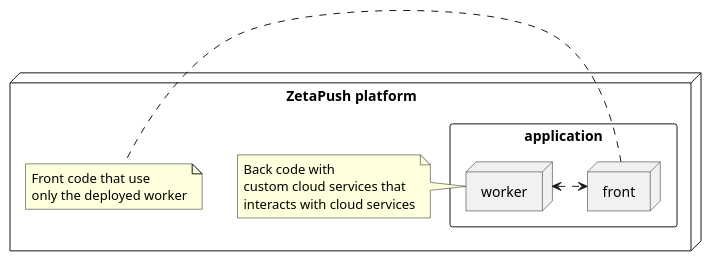
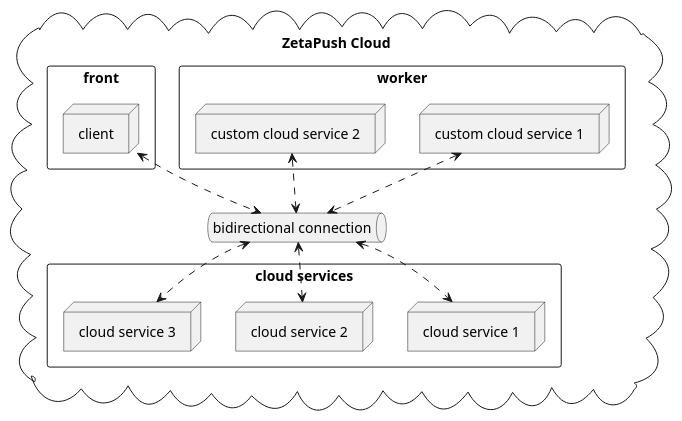
One commit to zetapush/documentation changed the diagram in src/docs/asciidoc/common/diagrams/architecture-custom-cloud-service-prod.adoc. Above: the diagram before and after it, drawn with PlantUML. The commit also changed other lines of this file and 18 other files, not shown here.

```diff
--- a/src/docs/asciidoc/common/diagrams/architecture-custom-cloud-service-prod.adoc
+++ b/src/docs/asciidoc/common/diagrams/architecture-custom-cloud-service-prod.adoc
@@ -5,28 +5,35 @@
 [plantuml, custom-cloud-service-prod, png, role="center"]     
 ....
 skinparam component {
 	ArrowFontName Impact
     ArrowFontColor Black
     ArrowFontSize 14
 }
 
-node "ZetaPush platform" {
-    rectangle "application" {
-        node "front"
-        node "worker"
+cloud "ZetaPush Cloud" as zp {
+    queue "bidirectional connection" as connection
+
+    rectangle "worker" {
+        node "custom cloud service 1" as customCloudService1
+        node "custom cloud service 2" as customCloudService2
     }
 
-    note left of [worker]
-        Back code with
-        custom cloud services that
-        interacts with cloud services
-    end note
+    rectangle "front" {
+            node "client" as front1
+    }
 
-    note right of [front]
-        Front code that use
-        only the deployed worker
-    end note
+    rectangle "cloud services" {
+        node "cloud service 1" as cloudService1
+        node "cloud service 2" as cloudService2
+        node "cloud service 3" as cloudService3
+    }
+}
 
-    [worker] <.> [front]
-}
+
+front1 <..> connection
+customCloudService1 <..> connection
+customCloudService2 <..> connection
+cloudService1 <.up.> connection
+cloudService2 <.up.> connection
+cloudService3 <.up.> connection
 ....
```
